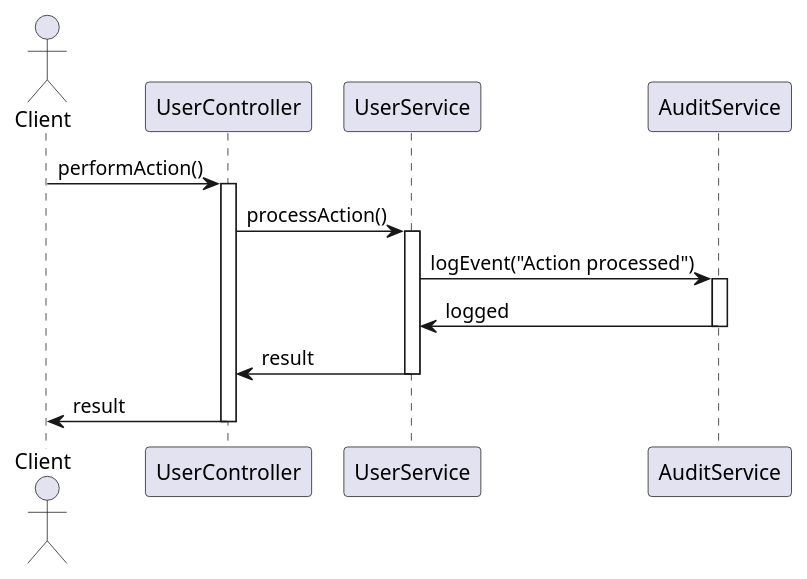
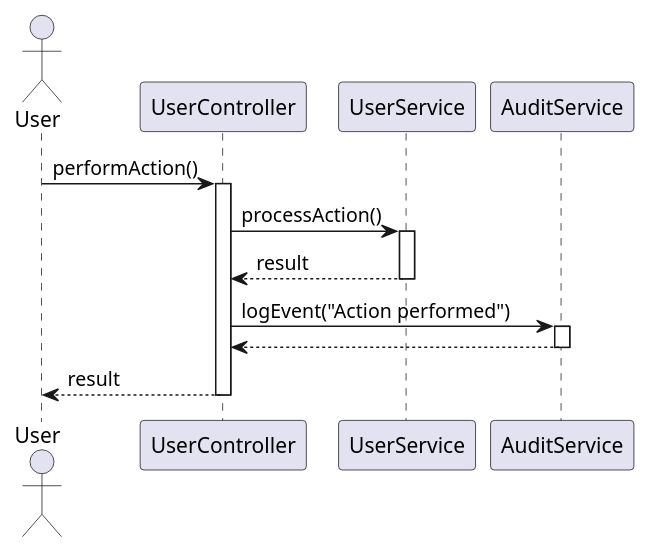
One commit to Dinesh-s95/AutoDoc.ai changed the fourth of 6 diagrams in identityprovider/documentation/detaileddesign.adoc. Above: the diagram before and after it, drawn with PlantUML. The commit also changed other lines of this file and 19 other files, not shown here.

```diff
--- a/identityprovider/documentation/detaileddesign.adoc
+++ b/identityprovider/documentation/detaileddesign.adoc
@@ -337,22 +371,25 @@
 [plantuml, business-process-flow, png]
 ----
 @startuml
-actor Client
+actor User
 participant UserController
 participant UserService
 participant AuditService
 
-Client -> UserController : performAction()
+User -> UserController : performAction()
 activate UserController
+
 UserController -> UserService : processAction()
 activate UserService
-UserService -> AuditService : logEvent("Action processed")
+UserService --> UserController : result
+deactivate UserService
+
+UserController -> AuditService : logEvent("Action performed")
 activate AuditService
-AuditService -> UserService : logged
+AuditService --> UserController
 deactivate AuditService
-UserService -> UserController : result
-deactivate UserService
-UserController -> Client : result
+
+UserController --> User : result
 deactivate UserController
 @enduml
 ----
```
